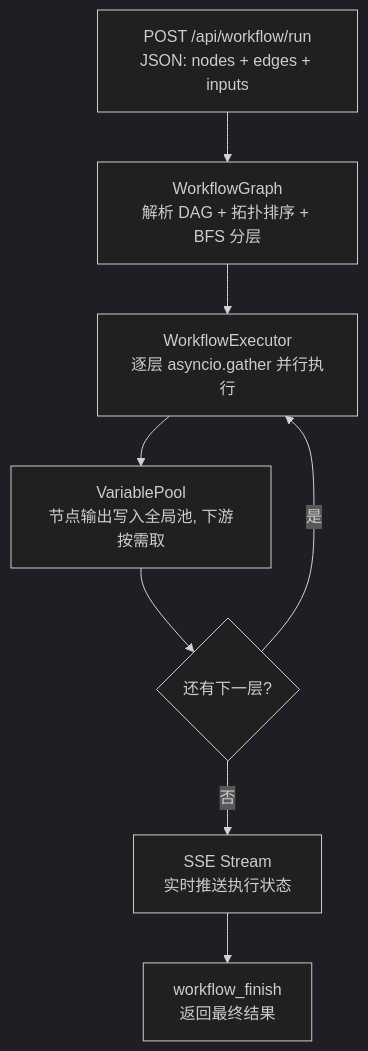
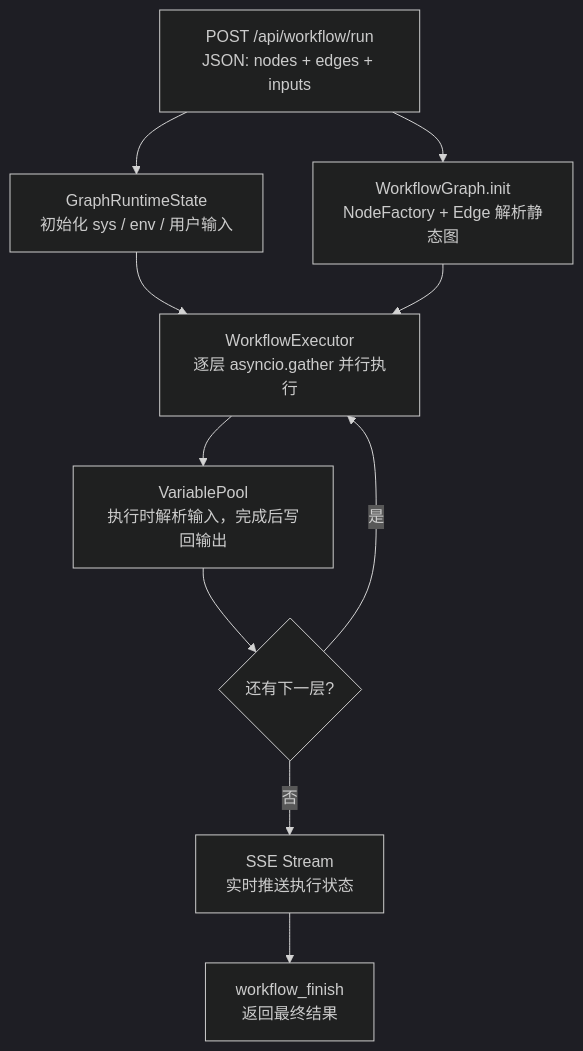
The diagram in README.md (iluv7/DiegoC-workflow), drawn with Mermaid (dark theme) before and after one commit. The commit also changed other lines of this file and 9 other files, not shown here.

Commit message:
feat: separate graph parsing from runtime state

````diff
--- a/README.md
+++ b/README.md
@@ -13,10 +13,12 @@
 ```mermaid
 flowchart TD
-    A["POST /api/workflow/run<br/>JSON: nodes + edges + inputs"] --> B["WorkflowGraph<br/>解析 DAG + 拓扑排序 + BFS 分层"]
-    B --> C["WorkflowExecutor<br/>逐层 asyncio.gather 并行执行"]
-    C --> D["VariablePool<br/>节点输出写入全局池, 下游按需取"]
-    D --> E{"还有下一层?"}
-    E -->|是| C
-    E -->|否| F["SSE Stream<br/>实时推送执行状态"]
-    F --> G["workflow_finish<br/>返回最终结果"]
+    A["POST /api/workflow/run<br/>JSON: nodes + edges + inputs"] --> B["GraphRuntimeState<br/>初始化 sys / env / 用户输入"]
+    A --> C["WorkflowGraph.init<br/>NodeFactory + Edge 解析静态图"]
+    B --> D["WorkflowExecutor<br/>逐层 asyncio.gather 并行执行"]
+    C --> D
+    D --> E["VariablePool<br/>执行时解析输入，完成后写回输出"]
+    E --> F{"还有下一层?"}
+    F -->|是| D
+    F -->|否| G["SSE Stream<br/>实时推送执行状态"]
+    G --> H["workflow_finish<br/>返回最终结果"]
 ```
````
